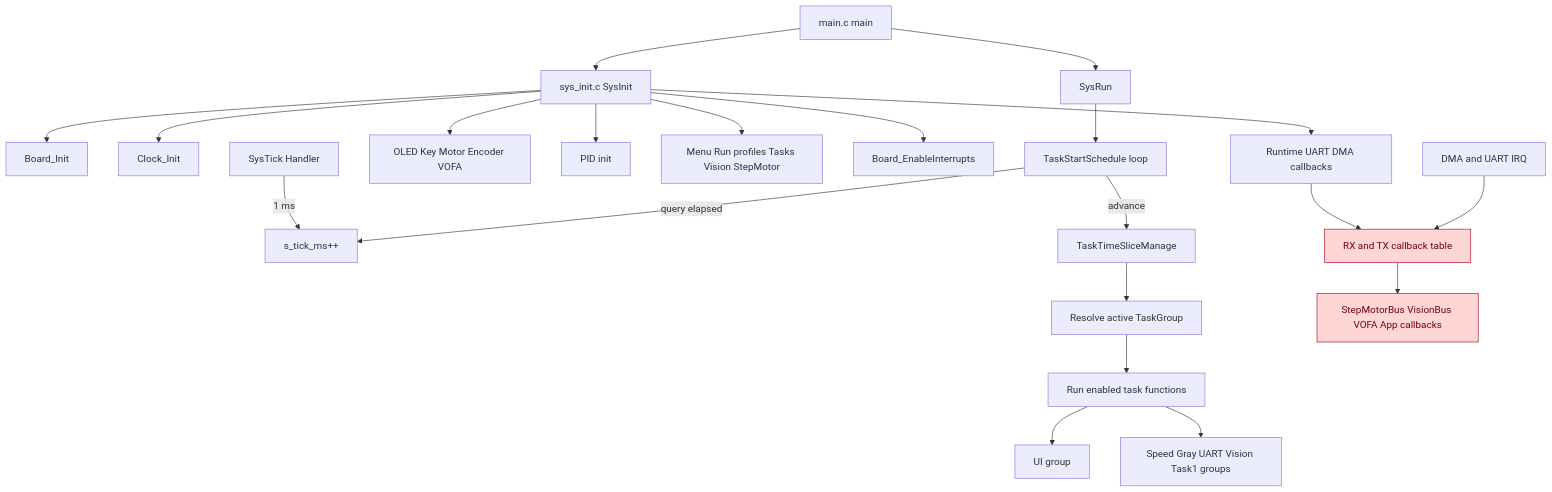
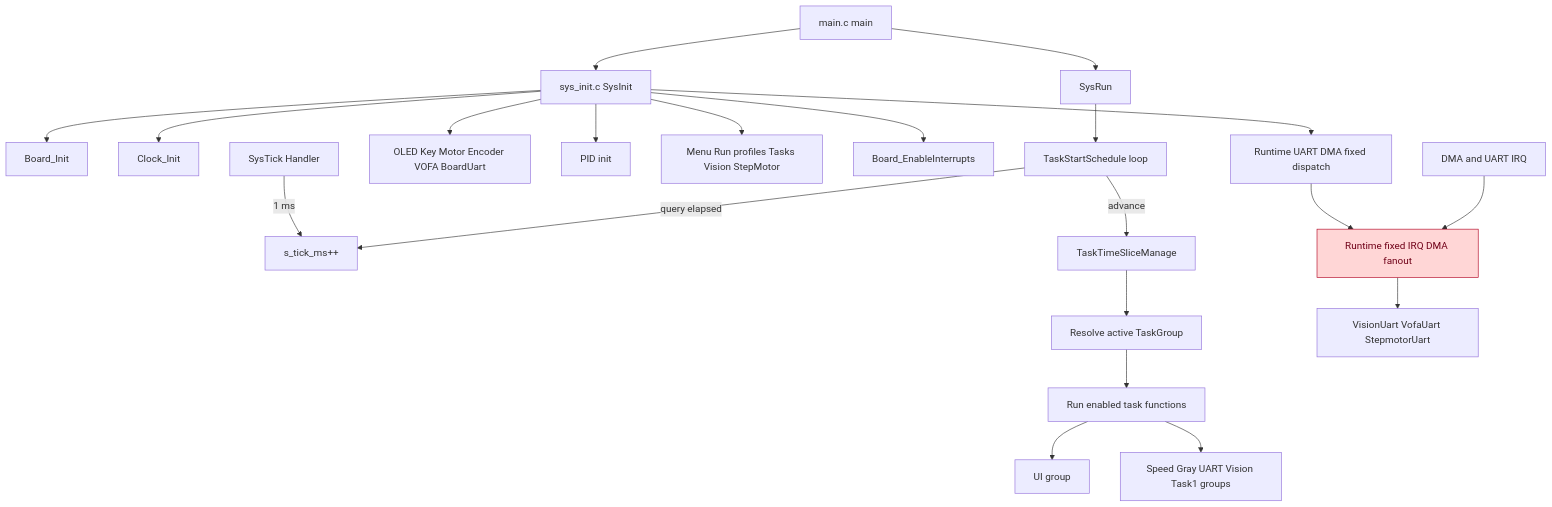
One commit to AigisYangyan/2026_NUEDC changed the third of 6 diagrams in agent/api_architecture_topology.md. Above: the diagram before and after it, drawn with Mermaid. The commit also changed other lines of this file and 29 other files, not shown here.

````diff
--- a/agent/api_architecture_topology.md
+++ b/agent/api_architecture_topology.md
@@ -478,28 +497,28 @@
 ```mermaid
 flowchart TD
   Main[main.c main] --> SysInit[sys_init.c SysInit]
   SysInit --> BoardInit[Board_Init]
   SysInit --> ClockInit[Clock_Init]
-  SysInit --> RuntimeInit[Runtime UART DMA callbacks]
-  SysInit --> DriverInit[OLED Key Motor Encoder VOFA]
+  SysInit --> RuntimeInit[Runtime UART DMA fixed dispatch]
+  SysInit --> DriverInit[OLED Key Motor Encoder VOFA BoardUart]
   SysInit --> MiddlewareInit[PID init]
   SysInit --> AppInit[Menu Run profiles Tasks Vision StepMotor]
   SysInit --> BoardIRQ[Board_EnableInterrupts]
   Main --> SysRun[SysRun]
   SysRun --> SchedulerLoop[TaskStartSchedule loop]
 
   SysTick[SysTick Handler] -->|1 ms| TickMs[s_tick_ms++]
   SchedulerLoop -->|query elapsed| TickMs
   SchedulerLoop -->|advance| TimeSlice[TaskTimeSliceManage]
   TimeSlice --> ActiveGroup[Resolve active TaskGroup]
   ActiveGroup --> TaskFlags[Run enabled task functions]
   TaskFlags --> UIGroup[UI group]
   TaskFlags --> FeatureGroups[Speed Gray UART Vision Task1 groups]
 
-  RuntimeInit --> CallbackTable[RX and TX callback table]
-  DMAIRQ[DMA and UART IRQ] --> CallbackTable
-  CallbackTable --> AppISR[StepMotorBus VisionBus VOFA App callbacks]
+  RuntimeInit --> FixedDispatch[Runtime fixed IRQ DMA fanout]
+  DMAIRQ[DMA and UART IRQ] --> FixedDispatch
+  FixedDispatch --> RoleDrivers[VisionUart VofaUart StepmotorUart]
 
   classDef violation fill:#ffd6d6,stroke:#b00020,color:#700018
-  class CallbackTable,AppISR violation
+  class FixedDispatch violation
 ```
````
